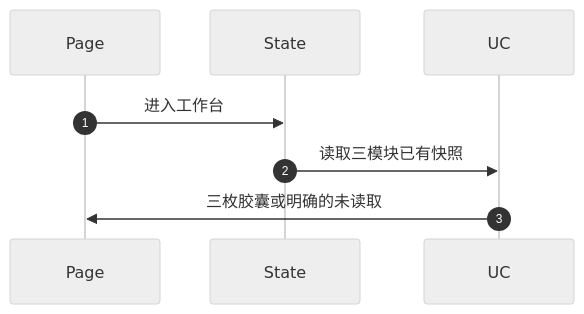
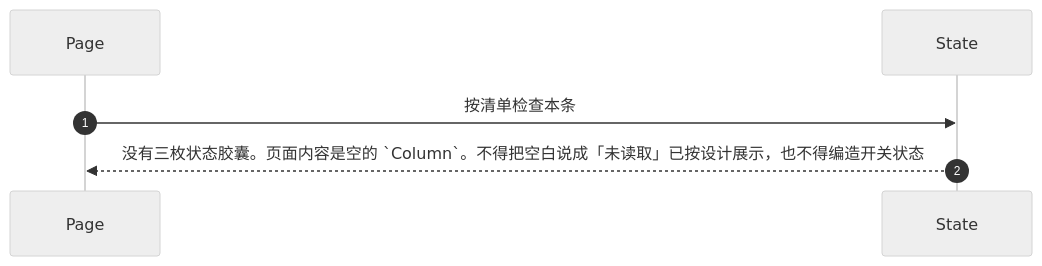
One commit to yohurm/HarmonyOS-YoWireTools changed the third of 4 diagrams in docs/goal/architecture/workbench/WB-003.md. Above: the diagram before and after it, drawn with Mermaid (neutral theme). The commit also changed other lines of this file and 30 other files, not shown here.

````diff
--- a/docs/goal/architecture/workbench/WB-003.md
+++ b/docs/goal/architecture/workbench/WB-003.md
@@ -73,10 +84,8 @@
 ```mermaid
 sequenceDiagram
   autonumber
   participant Page
   participant State
-  participant UC
-  Page->>State: 进入工作台
-  State->>UC: 读取三模块已有快照
-  UC->>Page: 三枚胶囊或明确的未读取
+  Page->>State: 按清单检查本条
+  State-->>Page: 没有三枚状态胶囊。页面内容是空的 `Column`。不得把空白说成「未读取」已按设计展示，也不得编造开关状态
 ```
````
